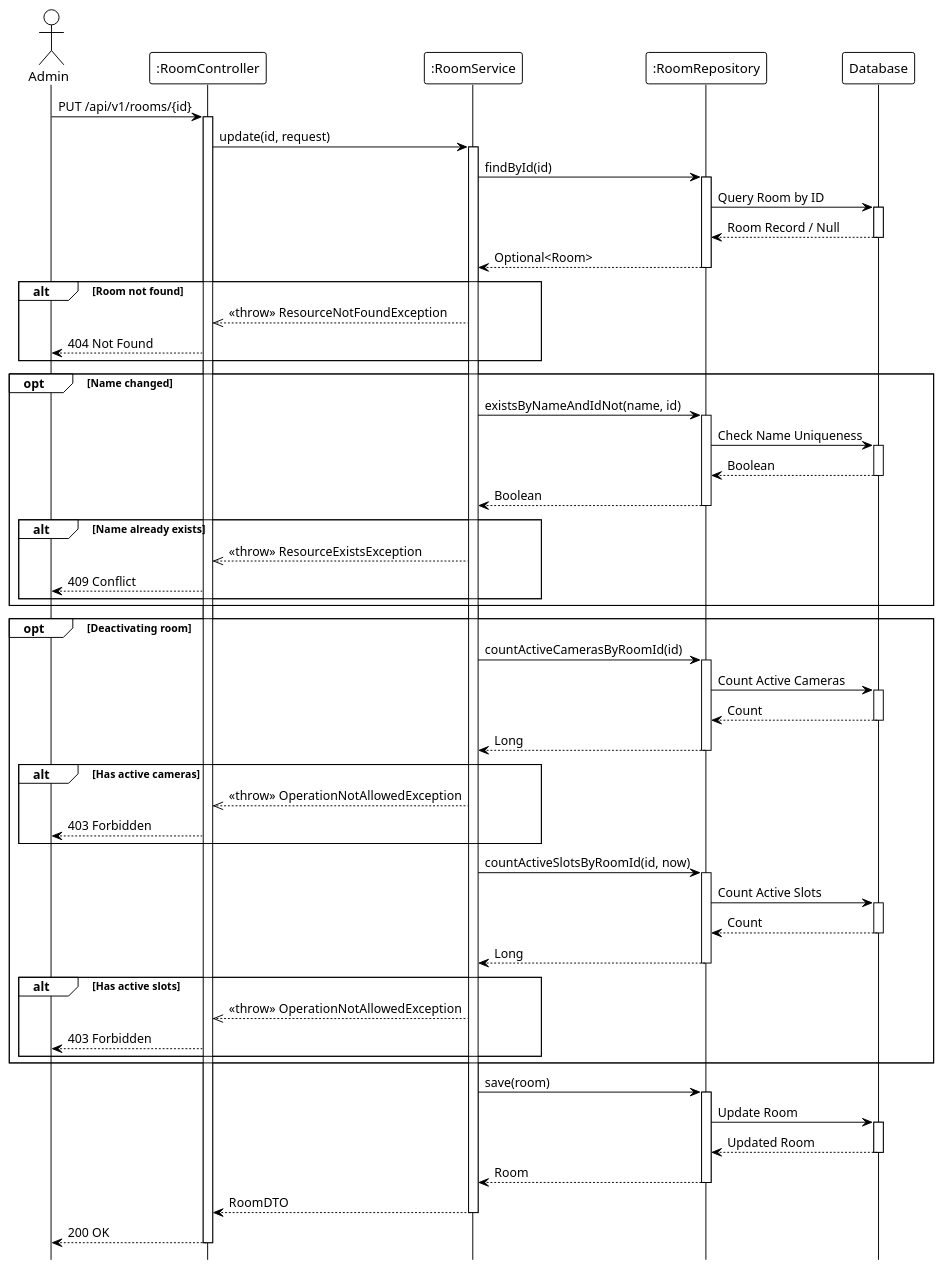
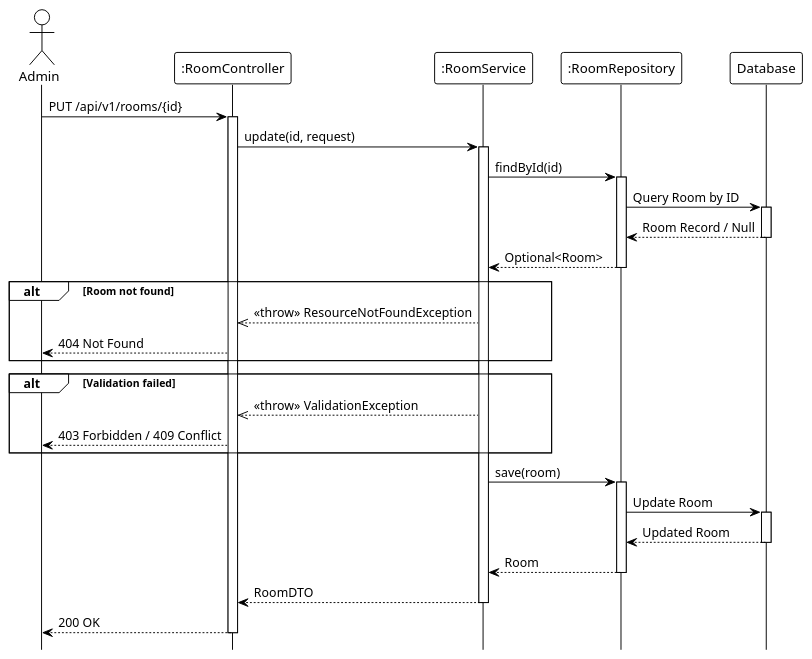
Before and after one commit to Ndh474/context: the diagram in system_detailed_design/58_update_room/sequence_diagram_update_room.puml, drawn with PlantUML. The commit also changed 14 other files, not shown here.

```diff
--- a/system_detailed_design/58_update_room/sequence_diagram_update_room.puml
+++ b/system_detailed_design/58_update_room/sequence_diagram_update_room.puml
@@ -1,107 +1,58 @@
 @startuml update_room
 !theme plain
 hide footbox
 
 actor Admin
 participant ":RoomController" as Controller
 participant ":RoomService" as Service
 participant ":RoomRepository" as Repository
 participant "Database" as DB
 
 ' --- MAIN FLOW ---
 Admin -> Controller: PUT /api/v1/rooms/{id}
 activate Controller
 
 Controller -> Service: update(id, request)
 activate Service
 
-' --- FIND EXISTING ---
 Service -> Repository: findById(id)
 activate Repository
 
 Repository -> DB: Query Room by ID
 activate DB
 DB --> Repository: Room Record / Null
 deactivate DB
 
 Repository --> Service: Optional<Room>
 deactivate Repository
 
 alt Room not found
     Service -->> Controller: <<throw>> ResourceNotFoundException
     Controller --> Admin: 404 Not Found
 end
 
-' --- VALIDATION LOGIC ---
-opt Name changed
-    Service -> Repository: existsByNameAndIdNot(name, id)
-    activate Repository
-    
-    Repository -> DB: Check Name Uniqueness
-    activate DB
-    DB --> Repository: Boolean
-    deactivate DB
-    
-    Repository --> Service: Boolean
-    deactivate Repository
-    
-    alt Name already exists
-        Service -->> Controller: <<throw>> ResourceExistsException
-        Controller --> Admin: 409 Conflict
-    end
+' Validation logic (internal: name uniqueness, deactivation checks for cameras/slots)
+
+alt Validation failed
+    Service -->> Controller: <<throw>> ValidationException
+    Controller --> Admin: 403 Forbidden / 409 Conflict
 end
 
-' --- CHECK DEACTIVATION ---
-opt Deactivating room
-    Service -> Repository: countActiveCamerasByRoomId(id)
-    activate Repository
-    
-    Repository -> DB: Count Active Cameras
-    activate DB
-    DB --> Repository: Count
-    deactivate DB
-    
-    Repository --> Service: Long
-    deactivate Repository
-    
-    alt Has active cameras
-        Service -->> Controller: <<throw>> OperationNotAllowedException
-        Controller --> Admin: 403 Forbidden
-    end
-    
-    Service -> Repository: countActiveSlotsByRoomId(id, now)
-    activate Repository
-    
-    Repository -> DB: Count Active Slots
-    activate DB
-    DB --> Repository: Count
-    deactivate DB
-    
-    Repository --> Service: Long
-    deactivate Repository
-    
-    alt Has active slots
-        Service -->> Controller: <<throw>> OperationNotAllowedException
-        Controller --> Admin: 403 Forbidden
-    end
-end
-
-' --- UPDATE ---
 Service -> Repository: save(room)
 activate Repository
 
 Repository -> DB: Update Room
 activate DB
 DB --> Repository: Updated Room
 deactivate DB
 
 Repository --> Service: Room
 deactivate Repository
 
 Service --> Controller: RoomDTO
 deactivate Service
 
 Controller --> Admin: 200 OK
 deactivate Controller
 
 @enduml
```
